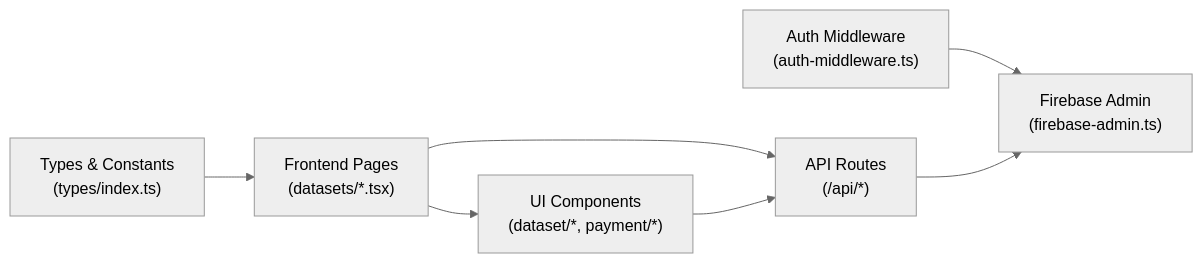
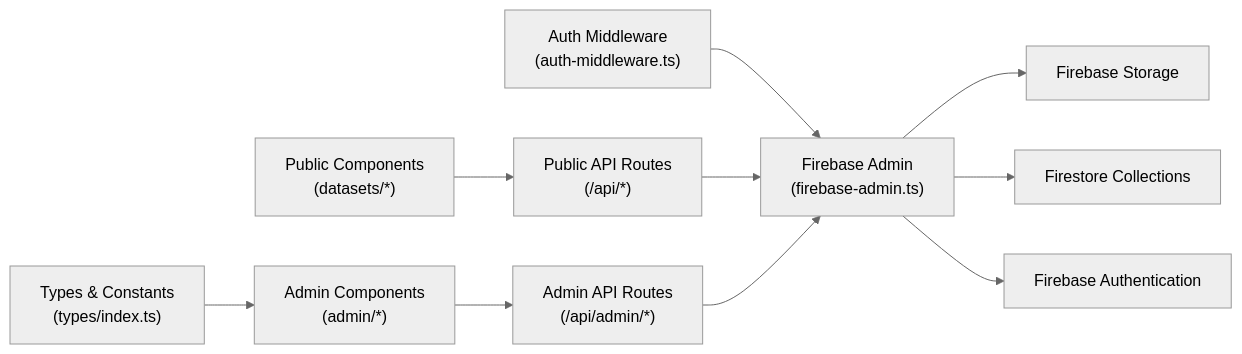
One commit to alikizang/datafrica changed the ninth of 9 diagrams in .qoder/repowiki/en/content/Dataset Management/Dataset Management.md. Above: the diagram before and after it, drawn with Mermaid (neutral theme). The commit also changed other lines of this file and 21 other files, not shown here.

````diff
--- a/.qoder/repowiki/en/content/Dataset Management/Dataset Management.md
+++ b/.qoder/repowiki/en/content/Dataset Management/Dataset Management.md
@@ -415,9 +470,12 @@
 ```mermaid
 graph LR
 AM["Auth Middleware<br/>(auth-middleware.ts)"] --> FA["Firebase Admin<br/>(firebase-admin.ts)"]
-TYPES["Types & Constants<br/>(types/index.ts)"] --> FE["Frontend Pages<br/>(datasets/*.tsx)"]
-FE --> APIs["API Routes<br/>(/api/*)"]
+TYPES["Types & Constants<br/>(types/index.ts)"] --> ADMIN["Admin Components<br/>(admin/*)"]
+ADMIN --> APIs["Admin API Routes<br/>(/api/admin/*)"]
+PUBLIC["Public Components<br/>(datasets/*)"] --> PUBLIC_API["Public API Routes<br/>(/api/*)"]
+PUBLIC_API --> FA
 APIs --> FA
-FE --> UI["UI Components<br/>(dataset/*, payment/*)"]
-UI --> APIs
+FA --> GS["Firebase Storage"]
+FA --> FS["Firestore Collections"]
+FA --> AUTH["Firebase Authentication"]
 ```
````
